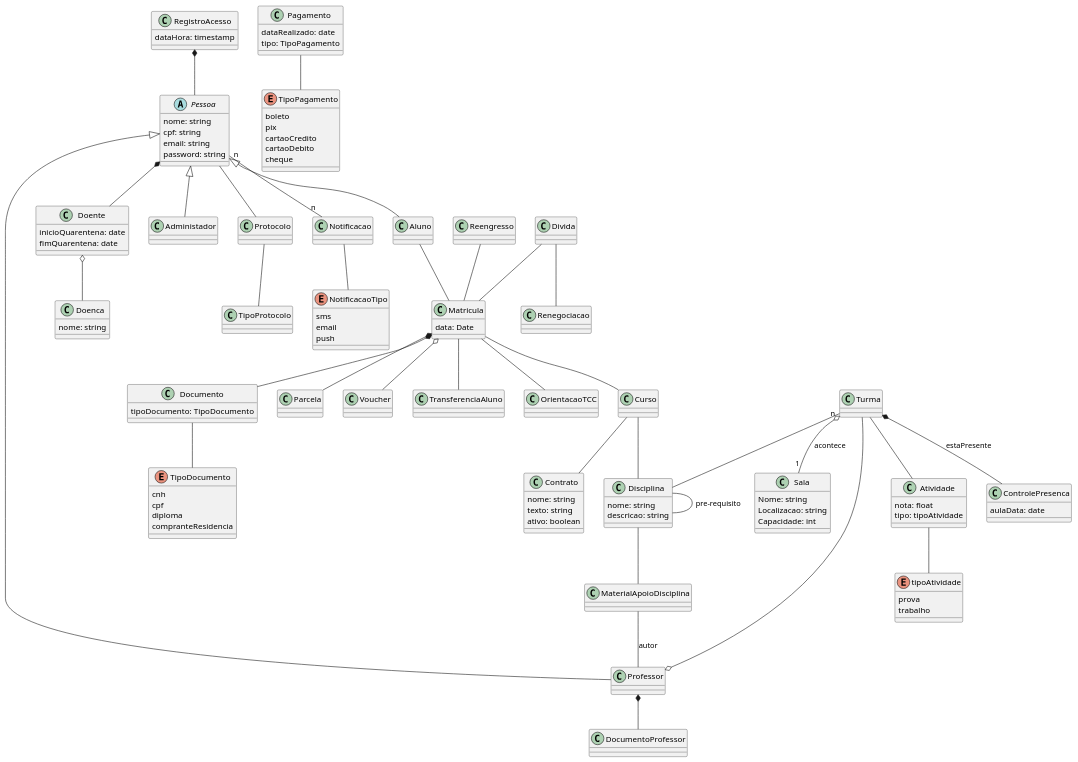
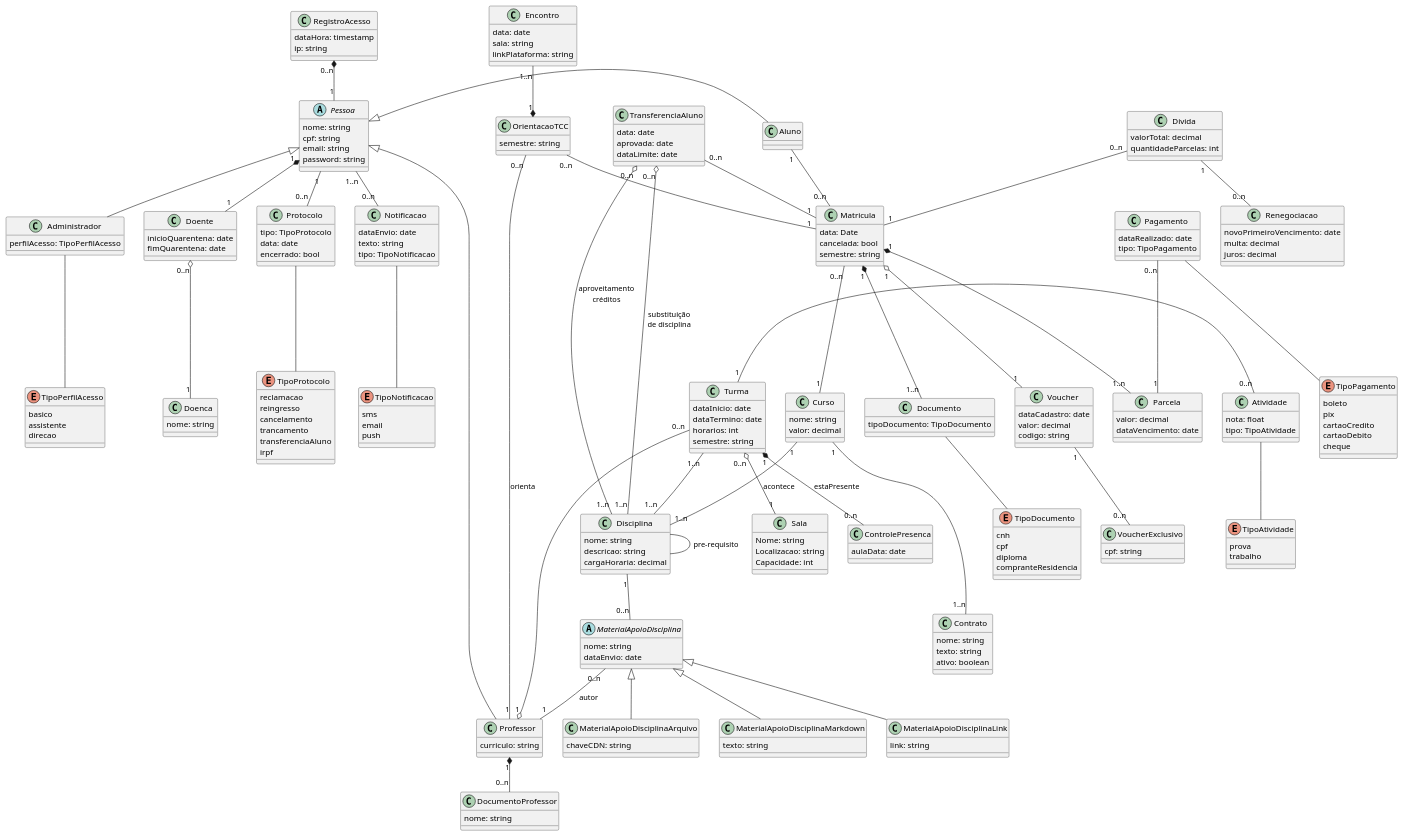
One commit to PosGraduacaoEquipe7/diagramas-plant-uml changed the diagram in diagrama-classes.puml. Above: the diagram before and after it, drawn with PlantUML.

Commit message:
Incluídas multiplicidades

```diff
--- a/diagrama-classes.puml
+++ b/diagrama-classes.puml
@@ -1,14 +1,15 @@
-@startuml
+@startuml classes
 'https://plantuml.com/class-diagram
 'Aggregation implies a relationship where the
 'child can exist independently of the parent.
 'Example: Class (parent) and Student (child).
 'Delete the Class and the Students still exist.
 'Composition implies a relationship where the child cannot exist independent of the parent
+
 class Matricula{
     data: Date
-'    cpf: string
-'    Diploma: Documento
+    cancelada: bool
+    semestre: string
 }
 abstract class Pessoa{
     nome: string
@@ -18,15 +19,33 @@
 }
 class RegistroAcesso{
     dataHora: timestamp
+    ip: string
 }
-
-class Aluno
-class Professor
-class Administador
+class Aluno {
+}
+class Professor {
+    curriculo: string
+}
+class Administrador{
+    perfilAcesso: TipoPerfilAcesso
+}
+enum TipoPerfilAcesso {
+    basico
+    assistente
+    direcao
+}
 class Atividade{
     nota: float
-    tipo: tipoAtividade
-    'TODO linkVideo: url
+    tipo: TipoAtividade
+}
+enum TipoAtividade {
+    prova
+    trabalho
+}
+class Contrato{
+    nome: string
+    texto: string
+    ativo: boolean
 }
 class Doenca{
     nome: string
@@ -35,25 +54,37 @@
     inicioQuarentena: date
     fimQuarentena: date
 }
-class Curso
+class Curso {
+    nome: string
+    valor: decimal
+}
 class ControlePresenca{
     aulaData: date
 }
 class Disciplina{
     nome: string
     descricao: string
+    cargaHoraria: decimal
 }
-class MaterialApoioDisciplina
-class Contrato{
+abstract class MaterialApoioDisciplina{
     nome: string
+    dataEnvio: date
+}
+class MaterialApoioDisciplinaLink{
+    link: string
+}
+class MaterialApoioDisciplinaArquivo{
+    chaveCDN: string
+}
+class MaterialApoioDisciplinaMarkdown{
     texto: string
-    ativo: boolean
 }
-enum tipoAtividade {
-    prova
-    trabalho
+class Turma {
+    dataInicio: date
+    dataTermino: date
+    horarios: int
+    semestre: string
 }
-class Turma
 class Sala{
     Nome: string
     Localizacao: string
@@ -62,33 +93,70 @@
 class Documento{
     tipoDocumento: TipoDocumento
 }
-class Parcela
+class Parcela {
+    valor: decimal
+    dataVencimento: date
+}
 class Pagamento{
     dataRealizado: date
     tipo: TipoPagamento
 }
-class Voucher
-class Renegociacao{}
-class TransferenciaAluno{}
-class Reengresso{
+class Voucher {
+    dataCadastro: date
+    valor: decimal
+    codigo: string
+}
+class VoucherExclusivo {
+    cpf: string
+}
+class Renegociacao{
+    novoPrimeiroVencimento: date
+    multa: decimal
+    juros: decimal
+}
+class TransferenciaAluno{
+    data: date
+    aprovada: date
+    dataLimite: date
 }
 class Divida{
+    valorTotal: decimal
+    quantidadeParcelas: int
 }
-class OrientacaoTCC{}
-class Protocolo
-class TipoProtocolo
-class Notificacao
-class DocumentoProfessor
-enum NotificacaoTipo{
-  sms
-  email
-  push
+class OrientacaoTCC{
+    semestre: string
 }
-Divida -- Renegociacao
-Matricula -- TransferenciaAluno
-Matricula -- OrientacaoTCC
-Divida -- Matricula
-Reengresso -- Matricula
+class Encontro {
+    data: date
+    sala: string
+    linkPlataforma: string
+}
+class Protocolo {
+    tipo: TipoProtocolo
+    data: date
+    encerrado: bool
+}
+enum TipoProtocolo{
+    reclamacao
+    reingresso
+    cancelamento
+    trancamento
+    transferenciaAluno
+    irpf
+}
+class Notificacao{
+    dataEnvio: date
+    texto: string
+    tipo: TipoNotificacao
+}
+class DocumentoProfessor{
+    nome: string
+}
+enum TipoNotificacao{
+    sms
+    email
+    push
+}
 enum TipoPagamento{
     boleto
     pix
@@ -102,37 +170,57 @@
     diploma
     compranteResidencia
 }
+
+Pessoa <|-d- Administrador
+Pessoa <|- Aluno
+Pessoa <|-- Professor
+
+MaterialApoioDisciplina <|-- MaterialApoioDisciplinaLink
+MaterialApoioDisciplina <|-- MaterialApoioDisciplinaArquivo
+MaterialApoioDisciplina <|-- MaterialApoioDisciplinaMarkdown
+
+Divida "1" -- "0..n" Renegociacao
+Divida "0..n" -- "1" Matricula
+Matricula "1" -u- "0..n" TransferenciaAluno
+Matricula "1" -u- "0..n" OrientacaoTCC
+Aluno "1" -- "0..n" Matricula
+Disciplina -- Disciplina : pre-requisito
+Disciplina "1" -- "0..n" MaterialApoioDisciplina
+MaterialApoioDisciplina "0..n" -- "1" Professor : autor
+Matricula "0..n" -- "1" Curso
+Matricula "1" *-- "1..n" Documento
+Matricula "1" o-- "1" Voucher
+Matricula "1" *-- "1..n" Parcela
+Curso "1" -- "1..n" Disciplina
+Curso "1" --- "1..n" Contrato
+Pessoa "1" -- "0..n" Protocolo
+Turma "0..n" o-- "1" Sala : acontece
+Turma "0..n" --o "1" Professor
+Turma "1..n" -- "1..n" Disciplina
+Turma "1" -r- "0..n" Atividade
+Turma "1" *-- "0..n" ControlePresenca: estaPresente
+RegistroAcesso "0..n" *-- "1" Pessoa
+Doente "0..n" o-- "1" Doenca
+Pessoa "1" *-- "1" Doente
+Pessoa "1..n" -- "0..n" Notificacao
+Professor "1" *-- "0..n" DocumentoProfessor
+Professor "1" -- "0..n" OrientacaoTCC : orienta
+OrientacaoTCC "1" *-u- "1..n" Encontro
+Pagamento "0..n" -- "1" Parcela
+Voucher "1" -- "0..n" VoucherExclusivo
+TransferenciaAluno "0..n" o-- "1..n" Disciplina : aproveitamento\ncréditos\n\n\n\n\n
+TransferenciaAluno "0..n" o-- "1..n" Disciplina : substituição\nde disciplina
+
+Pagamento -- TipoPagamento
+Notificacao -- TipoNotificacao
 Documento -- TipoDocumento
-Aluno -- Matricula
-Disciplina -- Disciplina : pre-requisito
-Disciplina -- MaterialApoioDisciplina
-MaterialApoioDisciplina -- Professor : autor
-Matricula -- Curso
-Matricula *-- Documento
-Matricula o-- Voucher
-Matricula *-- Parcela
-Curso -- Disciplina
-Curso -- Contrato
-Pessoa <|-- Administador
-Pessoa <|-- Aluno
-Pessoa <|-- Professor
-Pessoa -- Protocolo
 Protocolo -- TipoProtocolo
-'TODO confirmar lado do losango
-Atividade -- tipoAtividade
-Turma "n" o-- "1" Sala : acontece
-Turma --o Professor
-Turma -- Disciplina
-Turma -- Atividade
-Turma *-- ControlePresenca: estaPresente
-RegistroAcesso *-- Pessoa
-'TODO confirmar lado do losango
-Doente o-- Doenca
-Pessoa *-- Doente
-Pessoa "n" -- "n" Notificacao
-Pagamento -- TipoPagamento
-Notificacao -- NotificacaoTipo
-Professor *-- DocumentoProfessor
+Atividade -- TipoAtividade
+Administrador -- TipoPerfilAcesso
 
+' -u- -> up
+' -d- -> down
+' -l- -> left
+' -r- -> right
 
 @enduml
```
